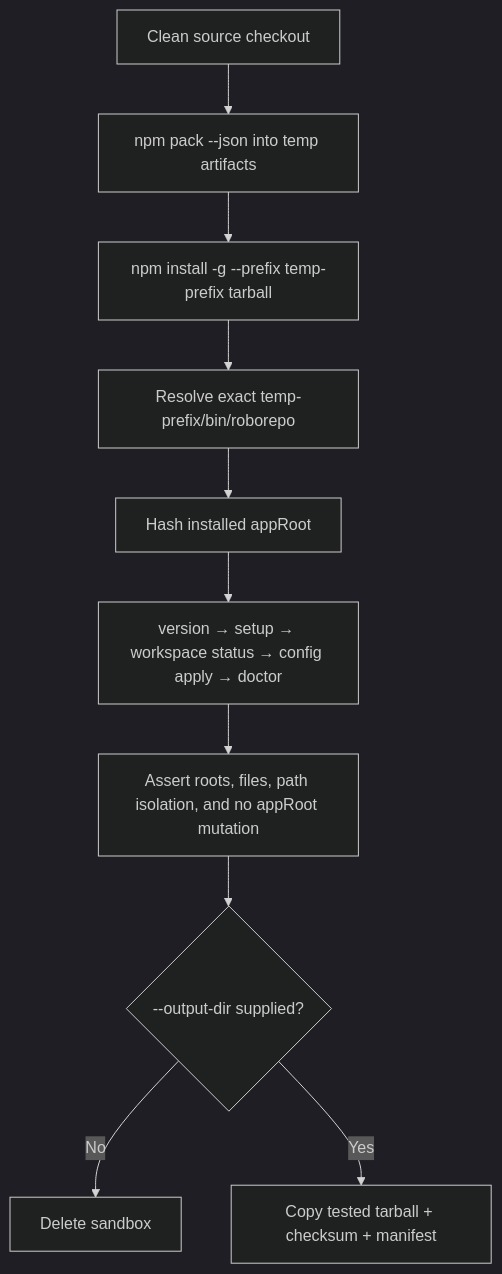
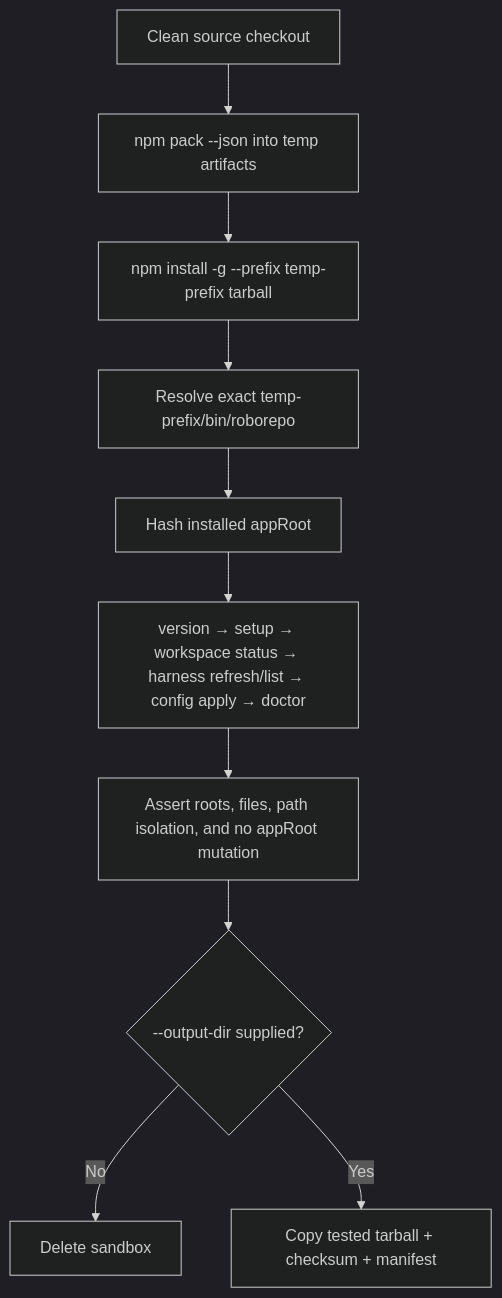
One commit to kirinmurphy/harness_configs changed the diagram in docs/plans/active/infra-packaging-01-new-mac-install.md. Above: the diagram before and after it, drawn with Mermaid (dark theme). The commit also changed other lines of this file and 13 other files, not shown here.

````diff
--- a/docs/plans/active/infra-packaging-01-new-mac-install.md
+++ b/docs/plans/active/infra-packaging-01-new-mac-install.md
@@ -173,12 +176,12 @@
 ```mermaid
 flowchart TD
   Repo[Clean source checkout] --> Pack[npm pack --json into temp artifacts]
   Pack --> Install[npm install -g --prefix temp-prefix tarball]
   Install --> Resolve[Resolve exact temp-prefix/bin/roborepo]
   Resolve --> Snapshot[Hash installed appRoot]
-  Snapshot --> Commands[version → setup → workspace status → config apply → doctor]
+  Snapshot --> Commands[version → setup → workspace status → harness refresh/list → config apply → doctor]
   Commands --> Assertions[Assert roots, files, path isolation, and no appRoot mutation]
   Assertions --> Retain{--output-dir supplied?}
   Retain -->|No| Cleanup[Delete sandbox]
   Retain -->|Yes| Artifact[Copy tested tarball + checksum + manifest]
 ```
````
